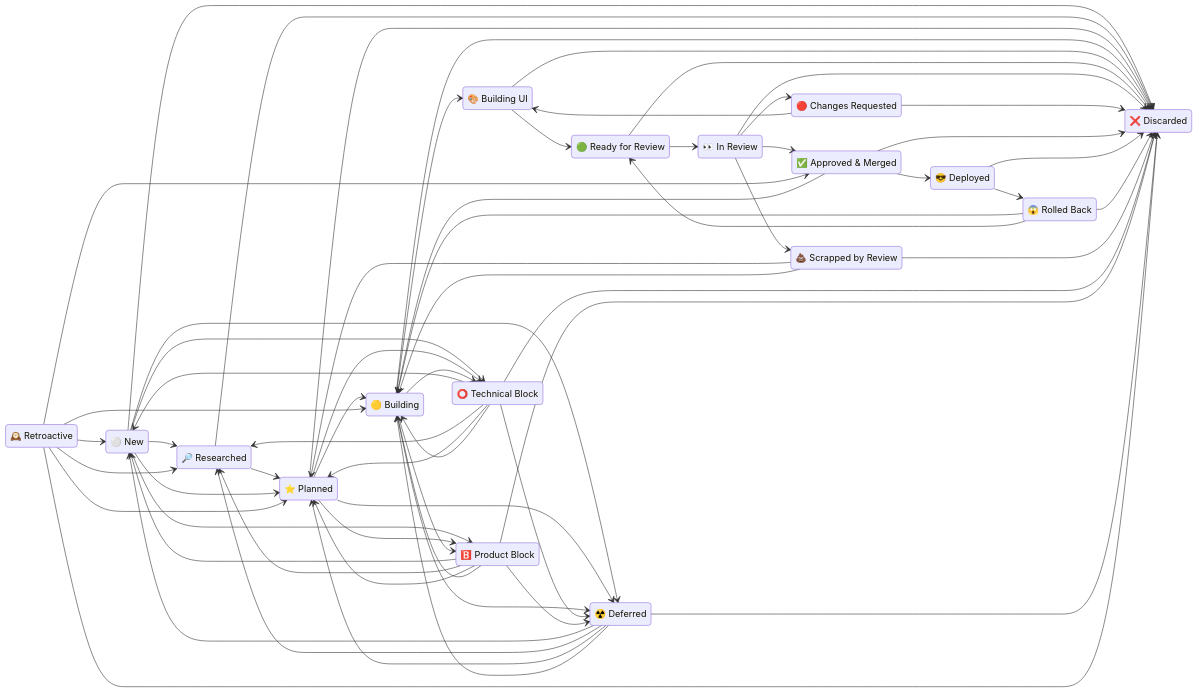
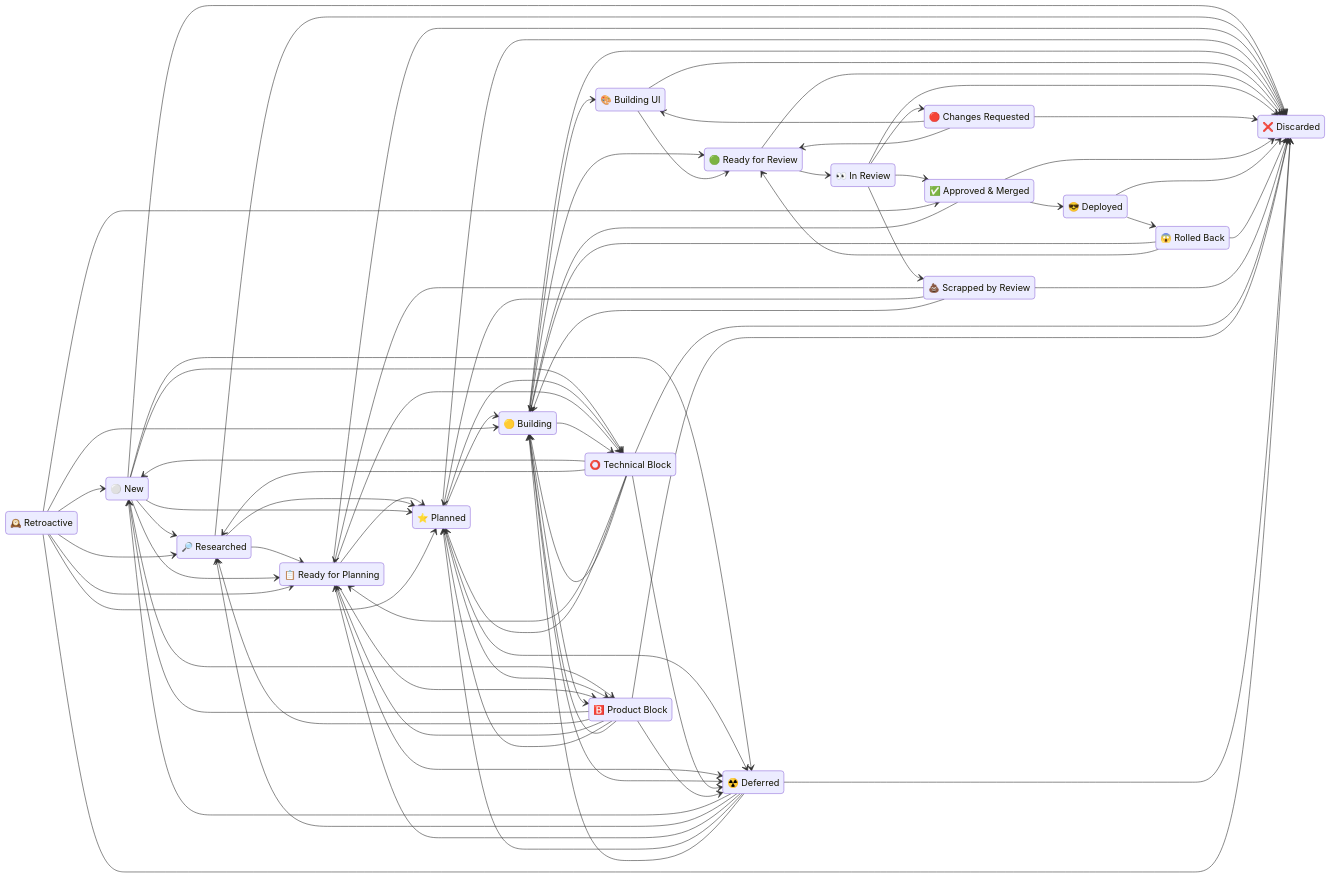
One commit to kigster/agentilda changed the diagram in docs/WORKFLOW.md. Above: the diagram before and after it, drawn with Mermaid. The commit also changed other lines of this file and 59 other files, not shown here.

```diff
--- a/docs/WORKFLOW.md
+++ b/docs/WORKFLOW.md
@@ -137,6 +139,7 @@
     direction LR
     new : ⚪️ New
     researched : 🔎 Researched
+    ready_for_planning : 📋 Ready for Planning
     planned : ⭐️ Planned
     building : 🟡 Building
     building_ui : 🎨 Building UI
@@ -162,6 +165,14 @@
     blocked --> researched
     product_blocked --> researched
     deferred --> researched
+    researched --> ready_for_planning
+    new --> ready_for_planning
+    retroactive --> ready_for_planning
+    shit --> ready_for_planning
+    blocked --> ready_for_planning
+    product_blocked --> ready_for_planning
+    deferred --> ready_for_planning
+    ready_for_planning --> planned
     researched --> planned
     new --> planned
     retroactive --> planned
@@ -179,7 +190,9 @@
     deferred --> building
     building --> building_ui
     rejected --> building_ui
+    building --> ready_for_review
     building_ui --> ready_for_review
+    rejected --> ready_for_review
     rolled_back --> ready_for_review
     ready_for_review --> in_review
     in_review --> approved
@@ -190,17 +203,21 @@
     deployed --> rolled_back
     new --> blocked
     planned --> blocked
+    ready_for_planning --> blocked
     building --> blocked
     new --> product_blocked
     planned --> product_blocked
+    ready_for_planning --> product_blocked
     building --> product_blocked
     new --> deferred
     planned --> deferred
+    ready_for_planning --> deferred
     building --> deferred
     blocked --> deferred
     product_blocked --> deferred
     new --> discarded
     researched --> discarded
+    ready_for_planning --> discarded
     planned --> discarded
     building --> discarded
     building_ui --> discarded
```
